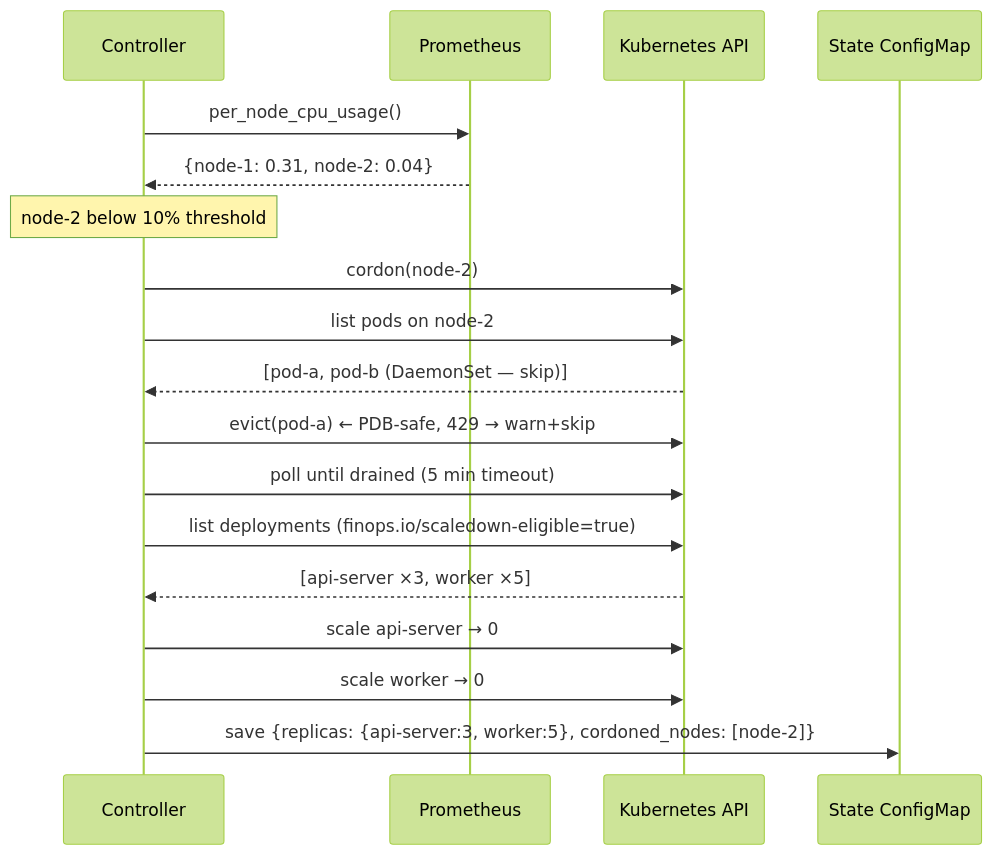
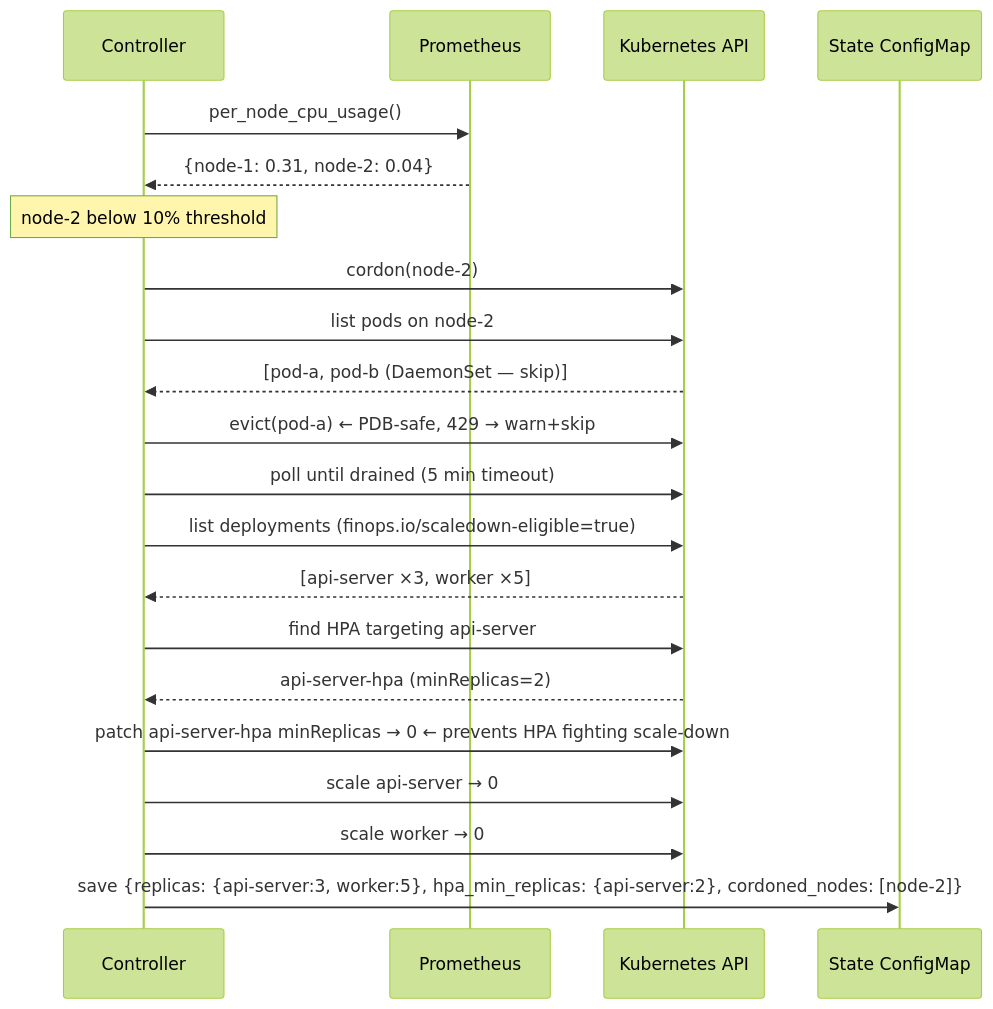
One commit to sriaratragada/Dynamic-Predictive-FinOps-Cluster-Down-Scaler changed the fourth of 8 diagrams in OVERVIEW.md. Above: the diagram before and after it, drawn with Mermaid (forest theme). The commit also changed other lines of this file and 2 other files, not shown here.

First line of the commit message:
Update docs to reflect HPA suspend, auto-labeller, and audit log

````diff
--- a/OVERVIEW.md
+++ b/OVERVIEW.md
@@ -135,21 +135,24 @@
 ```mermaid
 sequenceDiagram
   participant C as Controller
   participant P as Prometheus
   participant K as Kubernetes API
   participant S as State ConfigMap
 
   C->>P: per_node_cpu_usage()
   P-->>C: {node-1: 0.31, node-2: 0.04}
   Note over C: node-2 below 10% threshold
   C->>K: cordon(node-2)
   C->>K: list pods on node-2
   K-->>C: [pod-a, pod-b (DaemonSet — skip)]
   C->>K: evict(pod-a)  ← PDB-safe, 429 → warn+skip
   C->>K: poll until drained (5 min timeout)
   C->>K: list deployments (finops.io/scaledown-eligible=true)
   K-->>C: [api-server ×3, worker ×5]
+  C->>K: find HPA targeting api-server
+  K-->>C: api-server-hpa (minReplicas=2)
+  C->>K: patch api-server-hpa minReplicas → 0  ← prevents HPA fighting scale-down
   C->>K: scale api-server → 0
   C->>K: scale worker → 0
-  C->>S: save {replicas: {api-server:3, worker:5}, cordoned_nodes: [node-2]}
+  C->>S: save {replicas: {api-server:3, worker:5}, hpa_min_replicas: {api-server:2}, cordoned_nodes: [node-2]}
 ```
````
